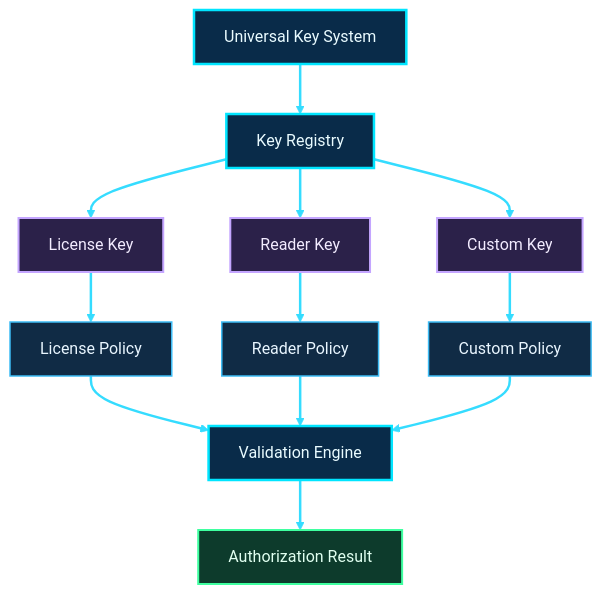
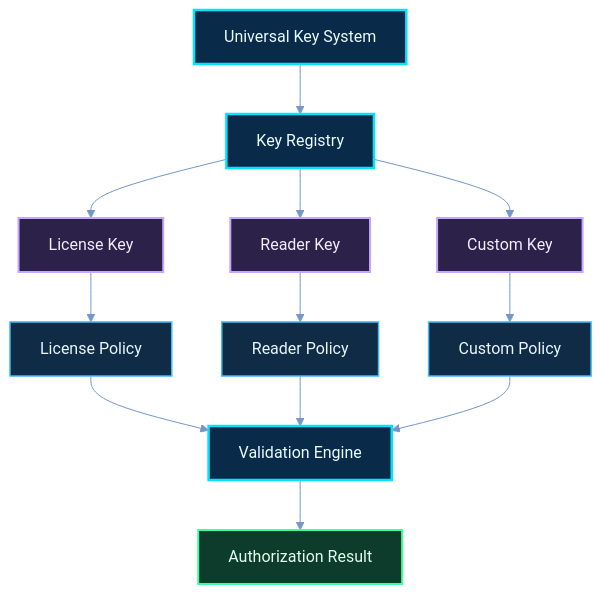
The eighth of 23 diagrams in README.md (shajeduzzamanenan992008inc/NexOra-Database-key-Gen), drawn with Mermaid before and after one commit. The commit also changed other lines of this file, not shown here.

````diff
--- a/README.md
+++ b/README.md
@@ -795,36 +796,36 @@
 ```mermaid
 %%{init: {"theme":"base","themeVariables":{"darkMode":true,"background":"#07111f","primaryColor":"#102744","primaryTextColor":"#e8f7ff","primaryBorderColor":"#00d9ff","lineColor":"#7297c8","secondaryColor":"#261d45","secondaryTextColor":"#f3eaff","secondaryBorderColor":"#a78bfa","tertiaryColor":"#12332b","tertiaryTextColor":"#e0fff1","tertiaryBorderColor":"#41e6a2","fontFamily":"Inter, Segoe UI, sans-serif","edgeLabelBackground":"#101d34","mainBkg":"#102744","nodeBorder":"#00d9ff","clusterBkg":"#0b1930","clusterBorder":"#6f7dff","actorBkg":"#102744","actorBorder":"#00d9ff","actorTextColor":"#e8f7ff","signalColor":"#64d8ff","signalTextColor":"#e8f7ff","noteBkgColor":"#0e332b","noteBorderColor":"#41e6a2","noteTextColor":"#e0fff1"}}}%%
 flowchart TD
     A["Universal Key System"] --> B["Key Registry"]
     B --> C["License Key"]
     B --> D["Reader Key"]
     B --> E["Custom Key"]
 
     C --> F["License Policy"]
     D --> G["Reader Policy"]
     E --> H["Custom Policy"]
 
     F --> I["Validation Engine"]
     G --> I
     H --> I
 
     I --> J["Authorization Result"]
 
+    %% OMEGA NEX-ORA visual classes
     %% OMEGA NEX-ORA / ULTRA NEON PALETTE
     classDef nxCore fill:#092b49,stroke:#00e5ff,stroke-width:2.5px,color:#e9fbff;
     classDef nxProcess fill:#102b45,stroke:#3dbcf5,stroke-width:1.5px,color:#e9f6ff;
     classDef nxDecision fill:#2b2050,stroke:#b38cff,stroke-width:2px,color:#f3edff;
     classDef nxSuccess fill:#0d3b2c,stroke:#3fffa0,stroke-width:2px,color:#e0fff0;
     classDef nxDanger fill:#451d30,stroke:#ff6688,stroke-width:2px,color:#fff0f3;
     classDef nxData fill:#12352d,stroke:#63e6be,stroke-width:2px,color:#e1fff5;
     classDef nxExternal fill:#2b2149,stroke:#c4a5ff,stroke-width:2px,color:#f3ecff;
     classDef nxInfo fill:#17253e,stroke:#91a7c9,stroke-width:1.5px,color:#e5efff;
     classDef nxWarning fill:#453116,stroke:#fbbf24,stroke-width:2px,color:#fff6d6;
+    %% Moving dashed route: Mermaid applies this class to explicitly identified edges.
     class A,B,I nxCore;
     class C,D,E nxExternal;
     class F,G,H nxProcess;
     class J nxSuccess;
-
-    %% Animated primary paths using Mermaid linkStyle (no edge-ID parser required)
-    linkStyle default stroke:#35dcff,stroke-width:2.5px,stroke-dasharray:8\,6,stroke-dashoffset:1000,animation:dash 24s linear infinite;
+    class nx07e01,nx07e02,nx07e03,nx07e04,nx07e05,nx07e06,nx07e07,nx07e08,nx07e09,nx07e10,nx07e11 nxAnimated;
 ```
````
